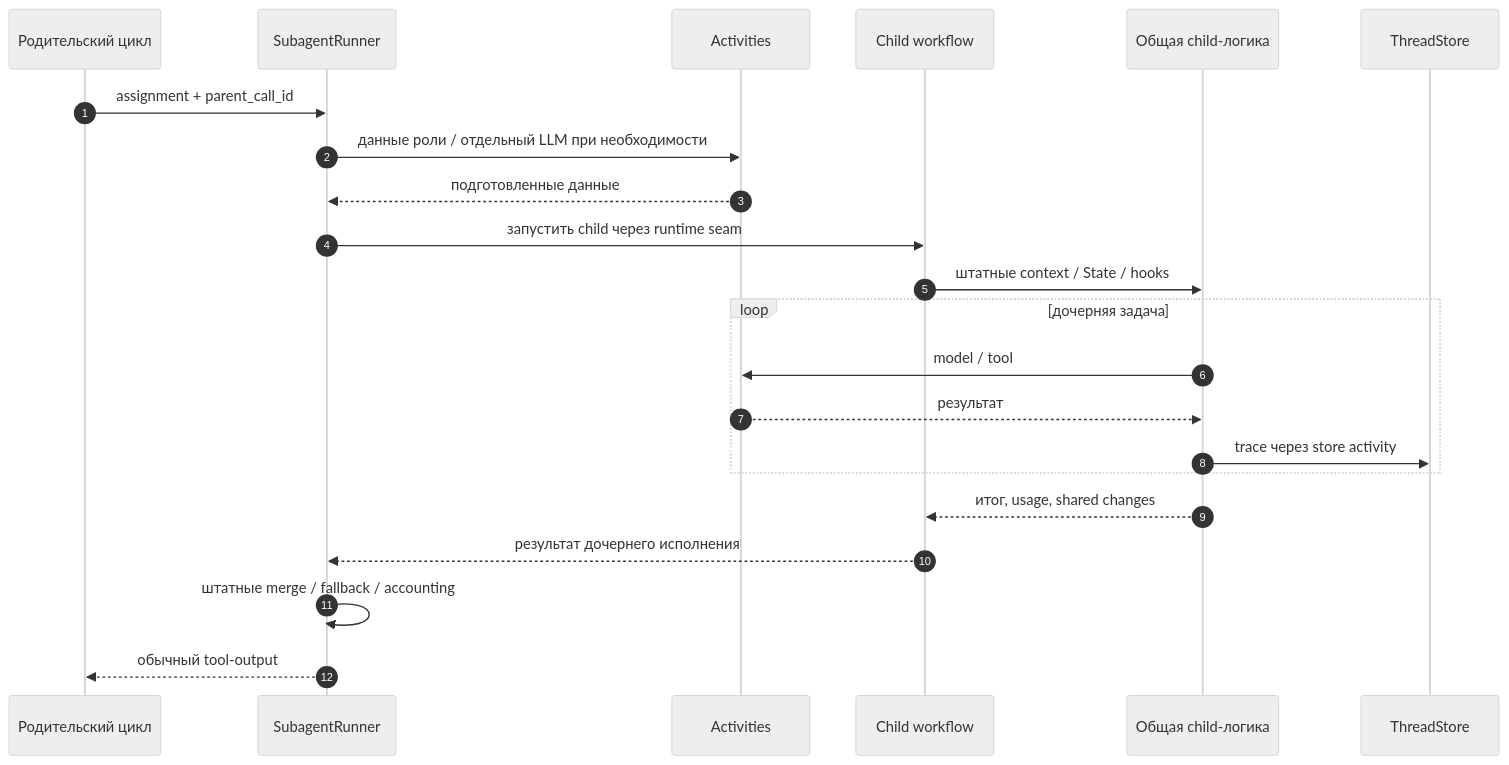
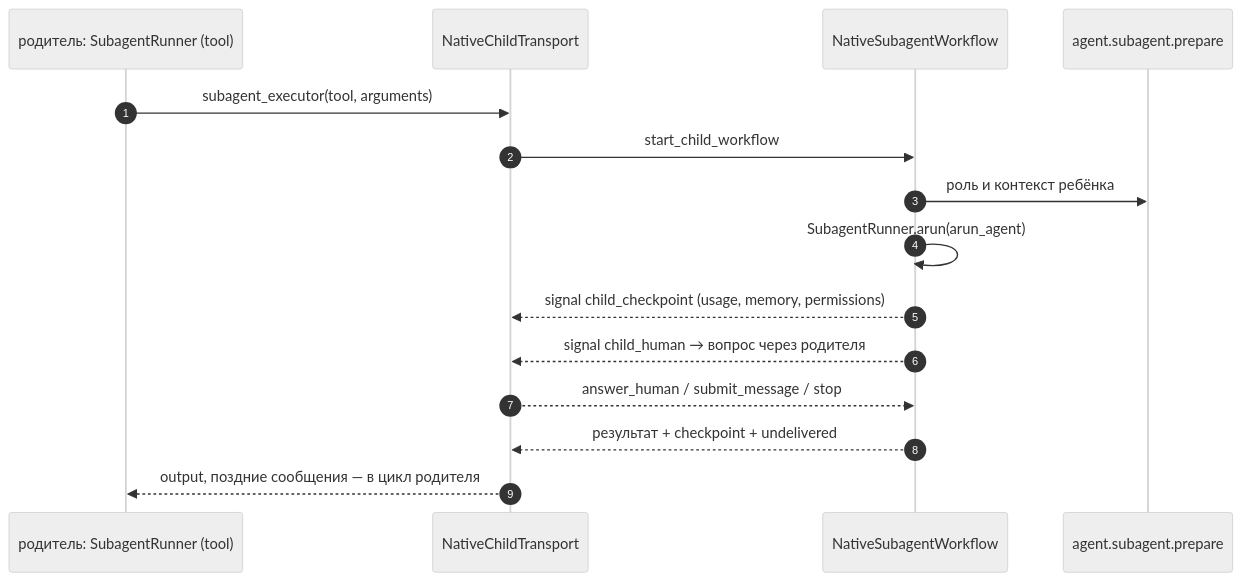
The eighth of 9 diagrams in docs/temporal-architecture.md (agens-universale/universal-agent), drawn with Mermaid (neutral theme) before and after one commit. The commit also changed other lines of this file and 196 other files, not shown here.

````diff
--- a/docs/temporal-architecture.md
+++ b/docs/temporal-architecture.md
@@ -358,24 +348,17 @@
 ```mermaid
 sequenceDiagram
     autonumber
-    participant P as Родительский цикл
-    participant R as SubagentRunner
-    participant A as Activities
-    participant W as Child workflow
-    participant L as Общая child-логика
-    participant S as ThreadStore
-    P->>R: assignment + parent_call_id
-    R->>A: данные роли / отдельный LLM при необходимости
-    A-->>R: подготовленные данные
-    R->>W: запустить child через runtime seam
-    W->>L: штатные context / State / hooks
-    loop дочерняя задача
-        L->>A: model / tool
-        A-->>L: результат
-        L->>S: trace через store activity
-    end
-    L-->>W: итог, usage, shared changes
-    W-->>R: результат дочернего исполнения
-    R->>R: штатные merge / fallback / accounting
-    R-->>P: обычный tool-output
+    participant P as родитель: SubagentRunner (tool)
+    participant T as NativeChildTransport
+    participant C as NativeSubagentWorkflow
+    participant R as agent.subagent.prepare
+    P->>T: subagent_executor(tool, arguments)
+    T->>C: start_child_workflow
+    C->>R: роль и контекст ребёнка
+    C->>C: SubagentRunner.arun(arun_agent)
+    C-->>T: signal child_checkpoint (usage, memory, permissions)
+    C-->>T: signal child_human → вопрос через родителя
+    T-->>C: answer_human / submit_message / stop
+    C-->>T: результат + checkpoint + undelivered
+    T-->>P: output, поздние сообщения — в цикл родителя
 ```
````
